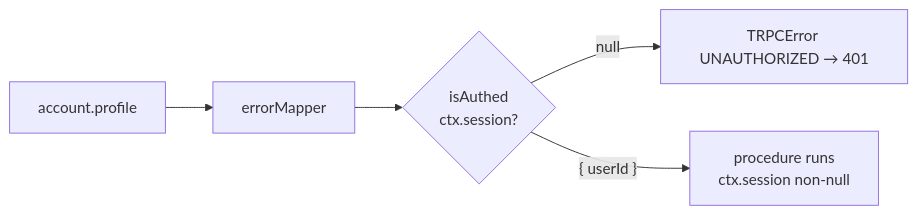
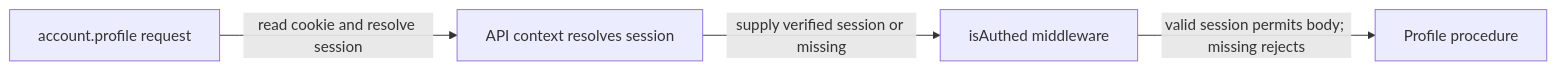
The diagram in docs/handbook/concepts/protected-procedure.md (maheshnd/minitickets), drawn with Mermaid before and after one commit. The commit also changed other lines of this file and 119 other files, not shown here.

````diff
--- a/docs/handbook/concepts/protected-procedure.md
+++ b/docs/handbook/concepts/protected-procedure.md
@@ -20,7 +18,6 @@
 ```mermaid
 flowchart LR
-    call["account.profile"] --> em["errorMapper"]
-    em --> ia{"isAuthed<br/>ctx.session?"}
-    ia -->|"null"| u["TRPCError UNAUTHORIZED → 401"]
-    ia -->|"{ userId }"| p["procedure runs<br/>ctx.session non-null"]
+    request["account.profile request"] -->|"read cookie and resolve session"| context["API context resolves session"]
+    context -->|"supply verified session or missing"| gate["isAuthed middleware"]
+    gate -->|"valid session permits body; missing rejects"| body["Profile procedure"]
 ```
````
